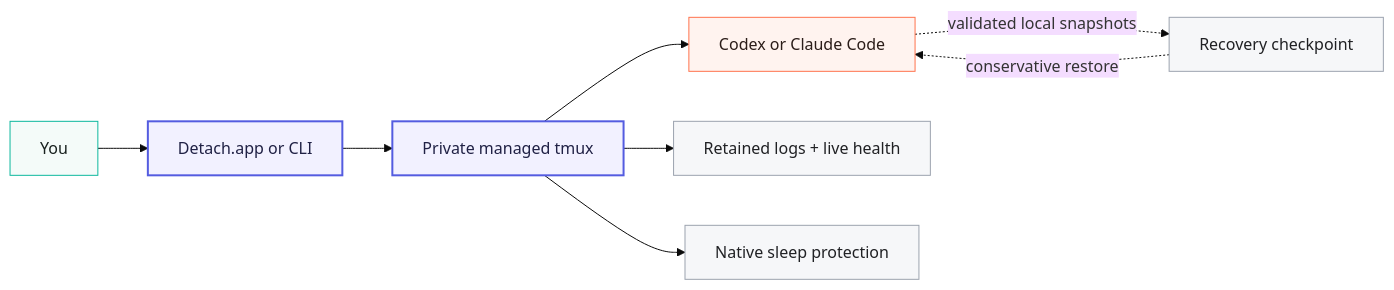
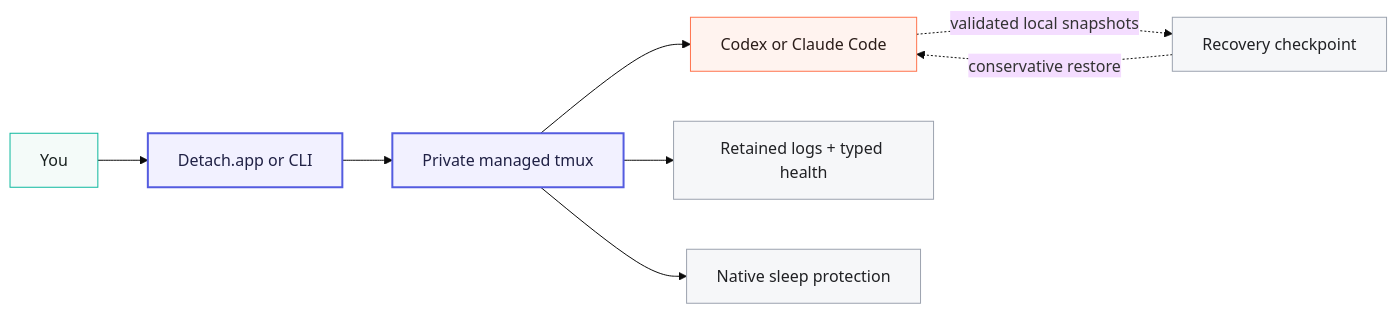
Before and after one commit to MANA-Y/detach: the diagram in README.md, drawn with Mermaid (base theme). The commit also changed other lines of this file, not shown here.

````diff
--- a/README.md
+++ b/README.md
@@ -158,19 +198,19 @@
 ```mermaid
 flowchart LR
     U["You"] --> D["Detach.app or CLI"]
     D --> T["Private managed tmux"]
     T --> P["Codex or Claude Code"]
-    T --> L["Retained logs + live health"]
+    T --> L["Retained logs + typed health"]
     T --> A["Native sleep protection"]
     P -. "validated local snapshots" .-> C["Recovery checkpoint"]
     C -. "conservative restore" .-> P
 
     classDef user fill:#F4FBF9,stroke:#0DB89E,color:#18211F;
     classDef detach fill:#F2F1FF,stroke:#545CE0,color:#202145,stroke-width:2px;
     classDef provider fill:#FFF3EF,stroke:#FF734D,color:#2B1D19;
     classDef state fill:#F6F7F9,stroke:#9CA3AF,color:#202124;
     class U user;
     class D,T detach;
     class P provider;
     class L,A,C state;
 ```
````
